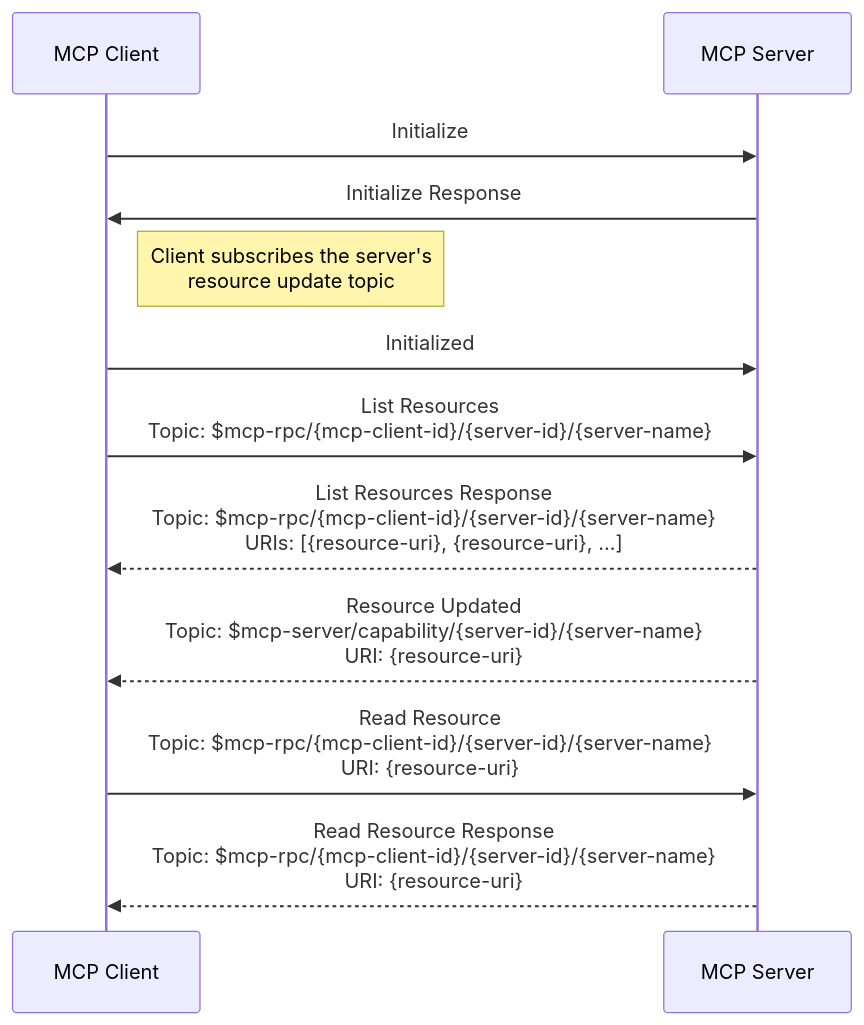
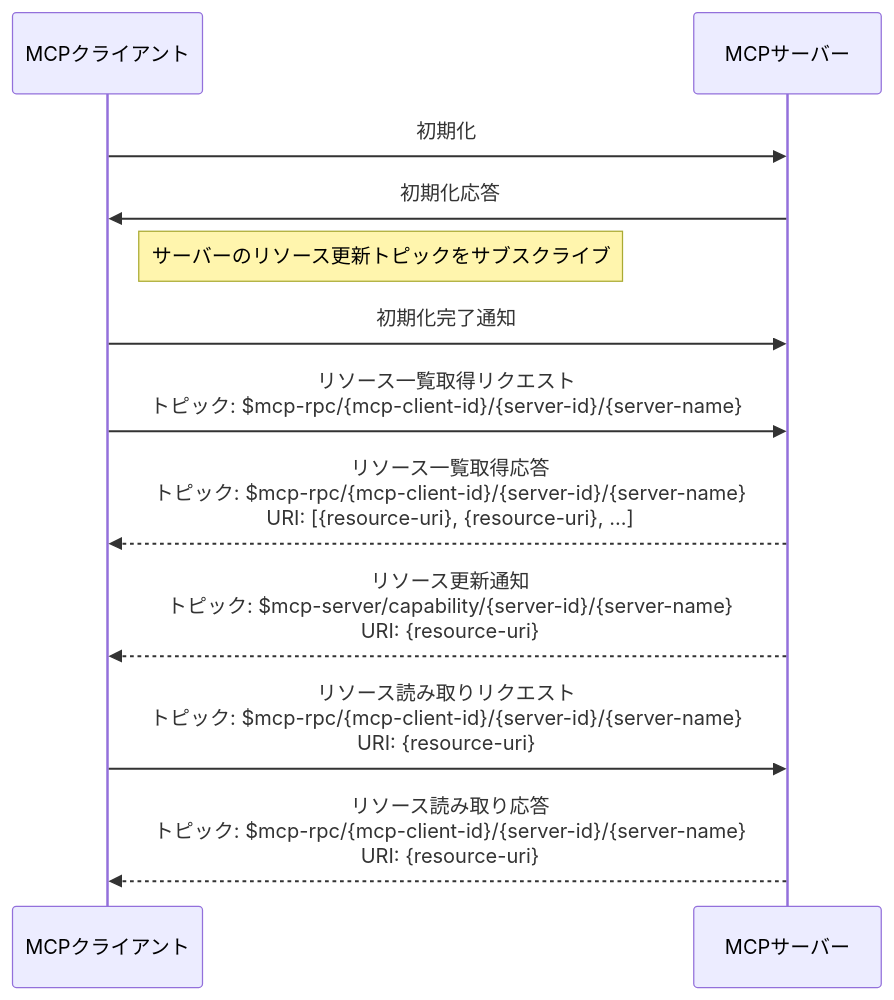
One commit to emqx/emqx-docs changed the fourth of 4 diagrams in ja_JP/emqx-ai/mcp-over-mqtt/specification.md. Above: the diagram before and after it, drawn with Mermaid. The commit also changed other lines of this file and 182 other files, not shown here.

````diff
--- a/ja_JP/emqx-ai/mcp-over-mqtt/specification.md
+++ b/ja_JP/emqx-ai/mcp-over-mqtt/specification.md
@@ -363,21 +360,20 @@
 ```mermaid
+sequenceDiagram
+    participant MCP_Client as MCPクライアント
+    participant MCP_Server as MCPサーバー
 
-sequenceDiagram
-    participant MCP_Client as MCP Client
-    participant MCP_Server as MCP Server
+    MCP_Client ->> MCP_Server: 初期化
+    MCP_Server ->> MCP_Client: 初期化応答
+    Note right of MCP_Client: サーバーのリソース更新トピックをサブスクライブ
+    MCP_Client ->> MCP_Server: 初期化完了通知
 
-    MCP_Client ->> MCP_Server: Initialize
-    MCP_Server ->> MCP_Client: Initialize Response
-    Note right of MCP_Client: Client subscribes the server's<br/>resource update topic
-    MCP_Client ->> MCP_Server: Initialized
+    MCP_Client ->> MCP_Server: リソース一覧取得リクエスト<br/>トピック: $mcp-rpc/{mcp-client-id}/{server-id}/{server-name}
 
-    MCP_Client ->> MCP_Server: List Resources<br/>Topic: $mcp-rpc/{mcp-client-id}/{server-id}/{server-name}
+    MCP_Server -->> MCP_Client: リソース一覧取得応答<br/>トピック: $mcp-rpc/{mcp-client-id}/{server-id}/{server-name}<br/>URI: [{resource-uri}, {resource-uri}, ...]
 
-    MCP_Server -->> MCP_Client: List Resources Response<br/>Topic: $mcp-rpc/{mcp-client-id}/{server-id}/{server-name}<br/>URIs: [{resource-uri}, {resource-uri}, ...]
+    MCP_Server -->> MCP_Client: リソース更新通知<br/>トピック: $mcp-server/capability/{server-id}/{server-name}<br/>URI: {resource-uri}
 
-    MCP_Server -->> MCP_Client: Resource Updated<br/>Topic: $mcp-server/capability/{server-id}/{server-name}<br/>URI: {resource-uri}
+    MCP_Client ->> MCP_Server: リソース読み取りリクエスト<br/>トピック: $mcp-rpc/{mcp-client-id}/{server-id}/{server-name}<br/>URI: {resource-uri}
 
-    MCP_Client ->> MCP_Server: Read Resource<br/>Topic: $mcp-rpc/{mcp-client-id}/{server-id}/{server-name}<br/>URI: {resource-uri}
-
-    MCP_Server -->> MCP_Client: Read Resource Response<br/>Topic: $mcp-rpc/{mcp-client-id}/{server-id}/{server-name}<br/>URI: {resource-uri}
+    MCP_Server -->> MCP_Client: リソース読み取り応答<br/>トピック: $mcp-rpc/{mcp-client-id}/{server-id}/{server-name}<br/>URI: {resource-uri}
 ```
````
